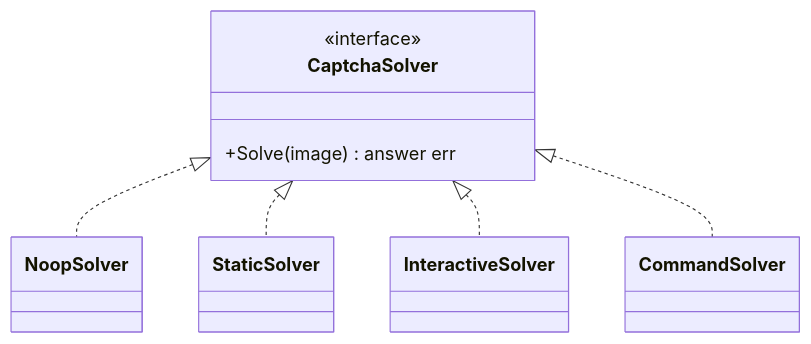
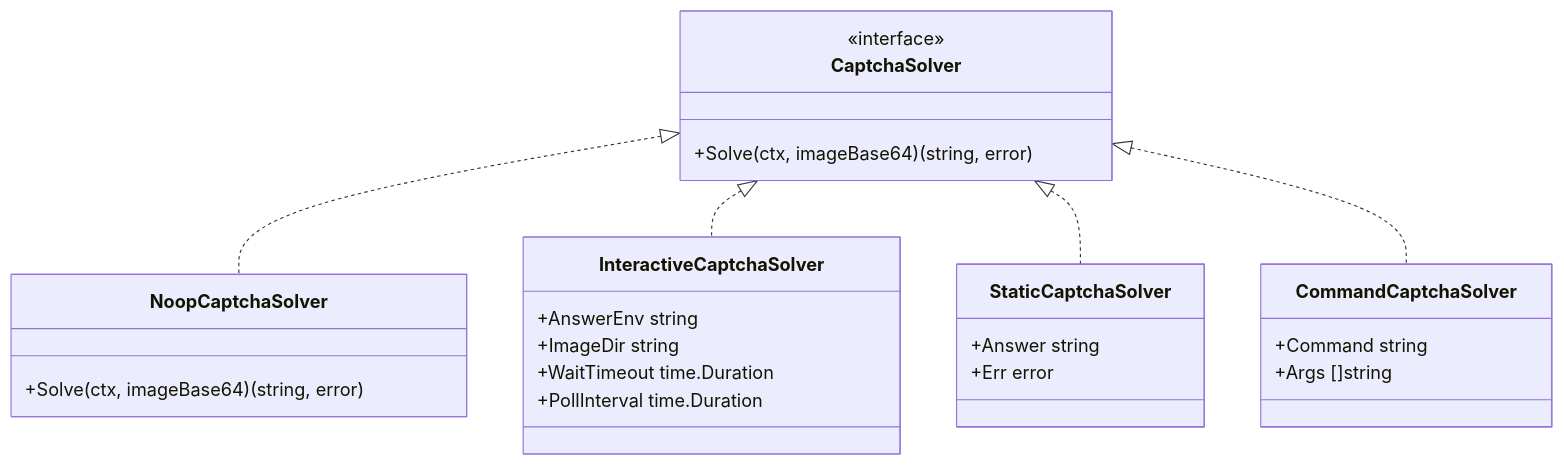
Before and after one commit to scagogogo/cnvd-skills: the first of 2 diagrams in website/docs/api-gojsl/captcha-solver.md, drawn with Mermaid. The commit also changed other lines of this file and 66 other files, not shown here.

````diff
--- a/website/docs/api-gojsl/captcha-solver.md
+++ b/website/docs/api-gojsl/captcha-solver.md
@@ -13,15 +34,28 @@
 ```mermaid
 classDiagram
     class CaptchaSolver {
         <<interface>>
-        +Solve(image) answer err
+        +Solve(ctx, imageBase64) (string, error)
     }
-    class NoopSolver
-    class StaticSolver
-    class InteractiveSolver
-    class CommandSolver
-    CaptchaSolver <|.. NoopSolver
-    CaptchaSolver <|.. StaticSolver
-    CaptchaSolver <|.. InteractiveSolver
-    CaptchaSolver <|.. CommandSolver
+    class NoopCaptchaSolver {
+        +Solve(ctx, imageBase64) (string, error)
+    }
+    class InteractiveCaptchaSolver {
+        +AnswerEnv string
+        +ImageDir string
+        +WaitTimeout time.Duration
+        +PollInterval time.Duration
+    }
+    class StaticCaptchaSolver {
+        +Answer string
+        +Err error
+    }
+    class CommandCaptchaSolver {
+        +Command string
+        +Args []string
+    }
+    CaptchaSolver <|.. NoopCaptchaSolver
+    CaptchaSolver <|.. InteractiveCaptchaSolver
+    CaptchaSolver <|.. StaticCaptchaSolver
+    CaptchaSolver <|.. CommandCaptchaSolver
 ```
````
